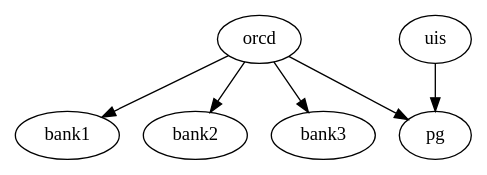
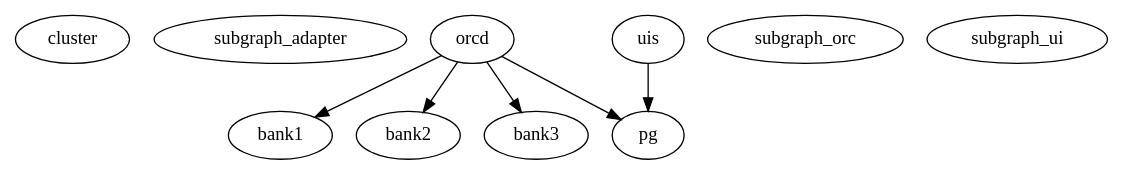
Before and after one commit to dbquayle/Test-240717: the diagram in doc/arch.dot, drawn with Graphviz. The commit also changed 6 other files, not shown here.

```diff
--- a/doc/arch.dot
+++ b/doc/arch.dot
@@ -1,18 +1,25 @@
 digraph G {
-  bank1 [];
-  bank2 [];
-  bank3 [];
 
-  pg [];
-  orcd[];
+  cluster subgraph_adapter {
+      bank1 [];
+      bank2 [];
+      bank3 [];
+  };
 
-  uis[];
+  cluster subgraph_orc {
+    pg [];
+    orcd[];
+  };
+
+  cluster subgraph_ui {
+    uis[];
+  }
 
   uis -> pg;
   orcd -> pg;
 
   orcd -> bank1;
   orcd -> bank2;
   orcd -> bank3;
   
 }
```
